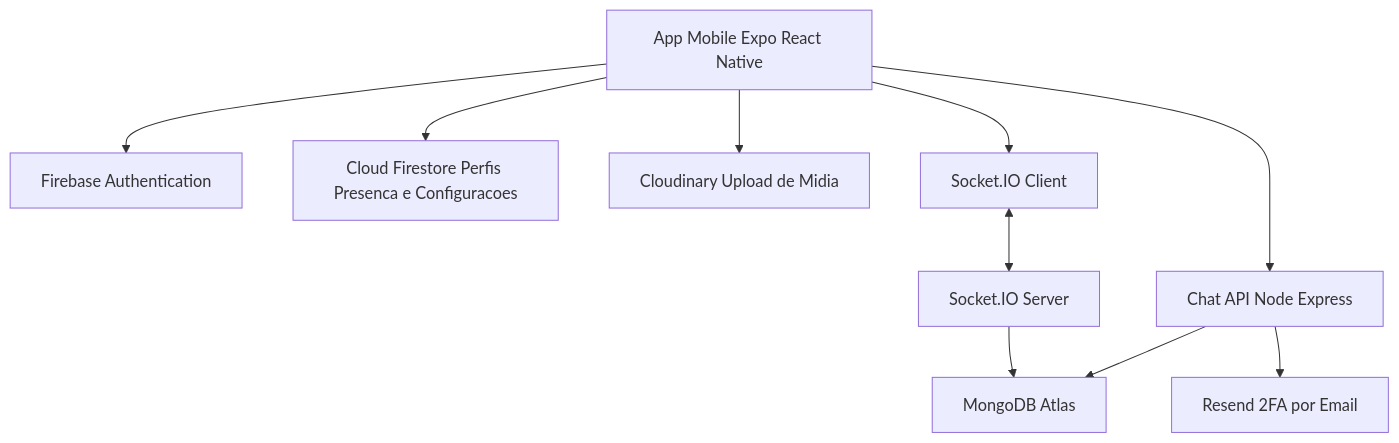
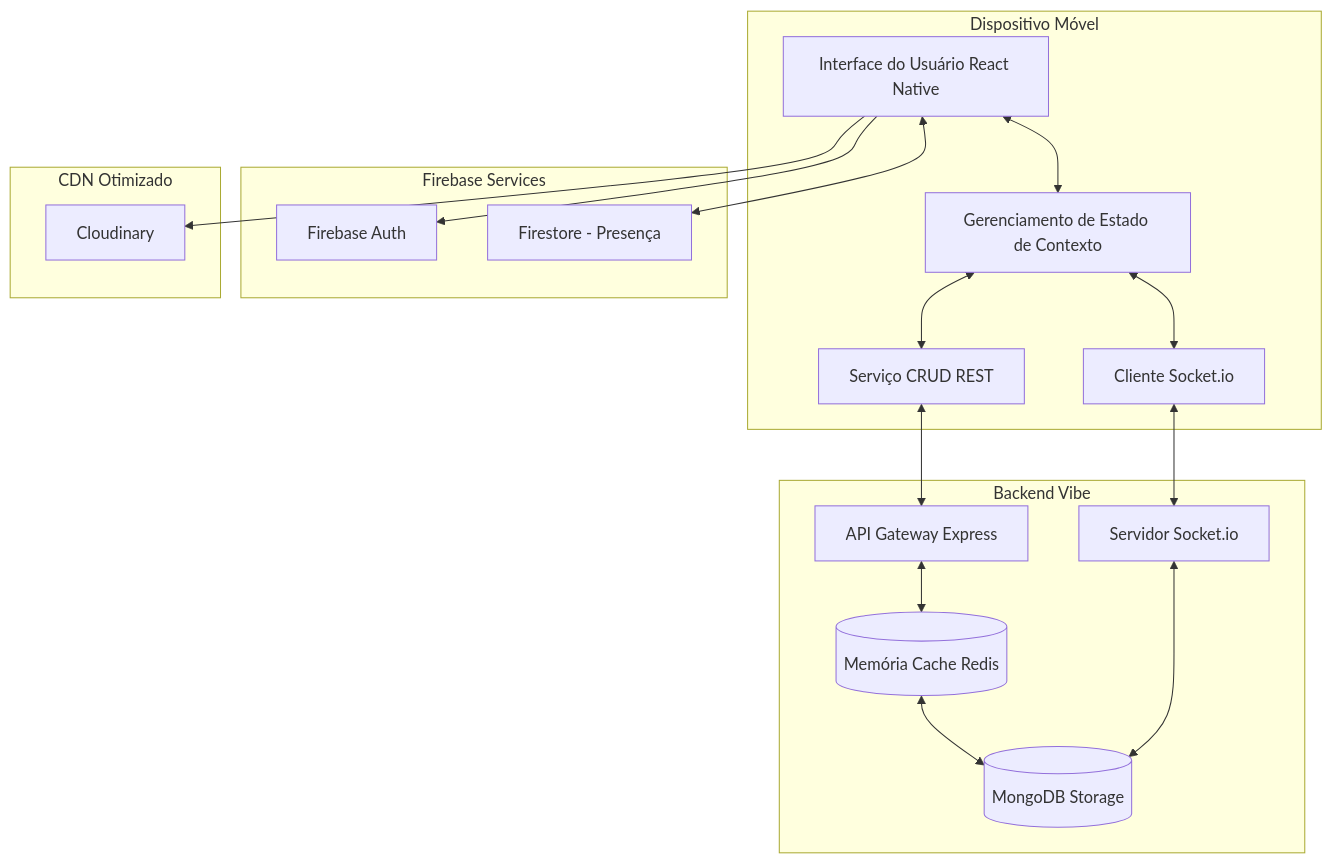
The diagram in README.md (DiegooPinheiro/telegram-clone), drawn with Mermaid before and after one commit. The commit also changed other lines of this file and 1 other file, not shown here.

````diff
--- a/README.md
+++ b/README.md
@@ -65,12 +28,39 @@
 ```mermaid
 flowchart TD
-    A[App Mobile Expo React Native] --> B[Firebase Authentication]
-    A --> C[Cloud Firestore Perfis Presenca e Configuracoes]
-    A --> D[Chat API Node Express]
-    A --> E[Cloudinary Upload de Midia]
-    D --> F[MongoDB Atlas]
-    D --> G[Resend 2FA por Email]
-    A --> H[Socket.IO Client]
-    H <--> I[Socket.IO Server]
-    I --> F
+    subgraph Dispositivo Móvel
+        A[Interface do Usuário React Native]
+        B[Gerenciamento de Estado de Contexto]
+        C[Cliente Socket.io]
+        D[Serviço CRUD REST]
+    end
+
+    subgraph Firebase Services
+        E[Firebase Auth]
+        F[Firestore - Presença]
+    end
+
+    subgraph CDN Otimizado
+        G[Cloudinary]
+    end
+
+    subgraph Backend Vibe
+        H[API Gateway Express]
+        I[(Memória Cache Redis)]
+        J[(MongoDB Storage)]
+        K[Servidor Socket.io]
+    end
+
+    A <--> B
+    B <--> C
+    B <--> D
+    A --> E
+    A <--> F
+    A --> G
+    
+    D <--> H
+    H <--> I
+    I <--> J
+    
+    C <--> K
+    K <--> J
 ```
````
